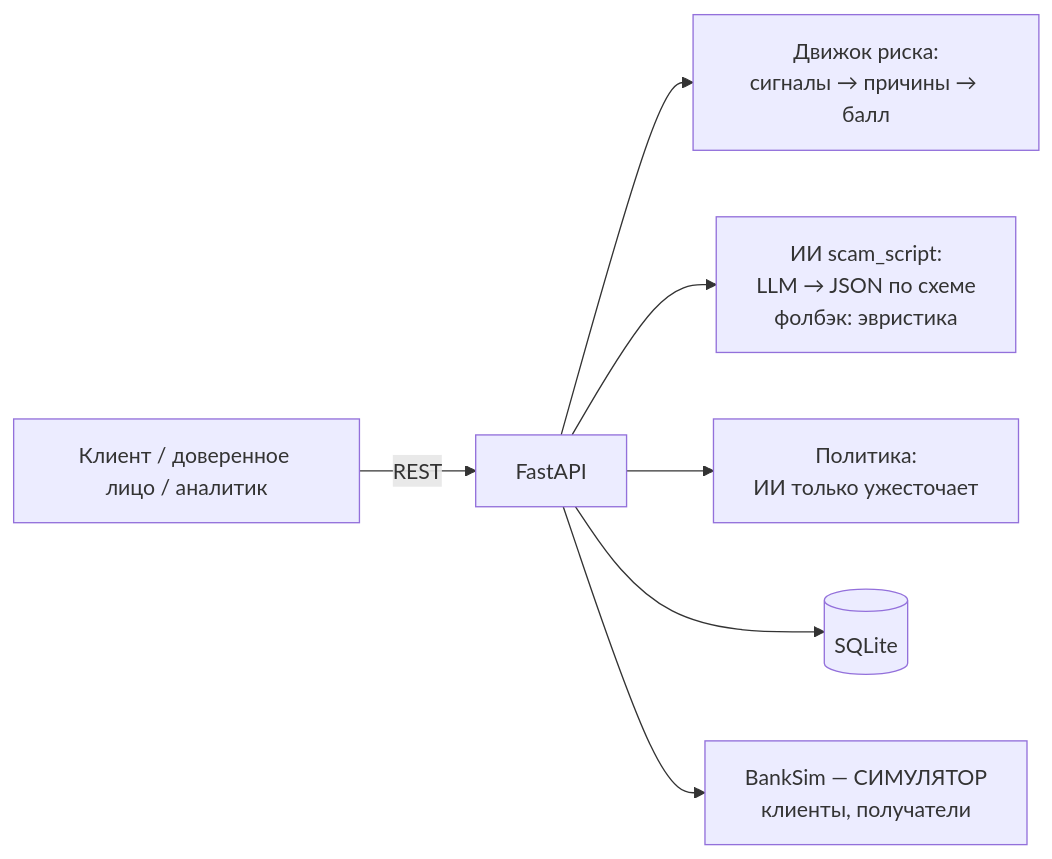
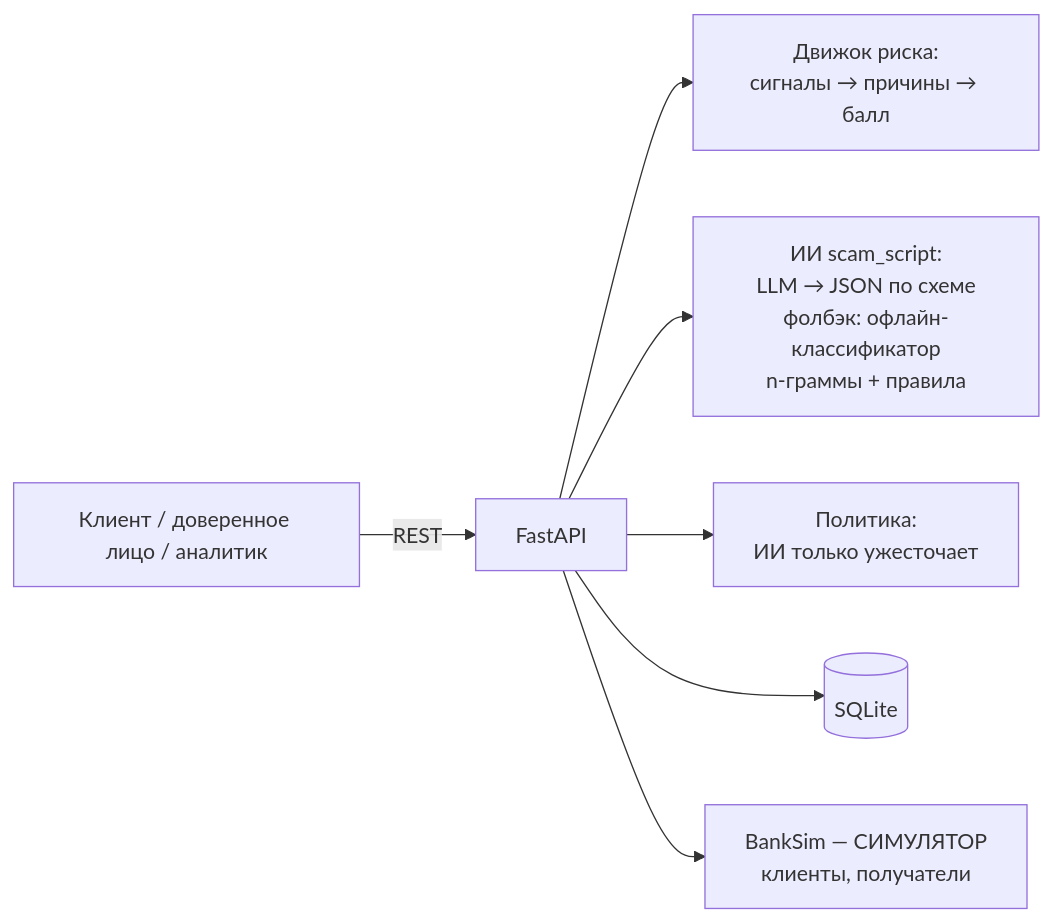
The diagram in README.md (Ibrakazah/qorgan), drawn with Mermaid before and after one commit. The commit also changed other lines of this file and 20 other files, not shown here.

````diff
--- a/README.md
+++ b/README.md
@@ -54,9 +56,9 @@
 ```mermaid
 flowchart LR
   UI["Клиент / доверенное лицо / аналитик"] -->|REST| API[FastAPI]
   API --> RISK["Движок риска:<br/>сигналы → причины → балл"]
-  API --> AI["ИИ scam_script:<br/>LLM → JSON по схеме<br/>фолбэк: эвристика"]
+  API --> AI["ИИ scam_script:<br/>LLM → JSON по схеме<br/>фолбэк: офлайн-классификатор<br/>n-граммы + правила"]
   API --> POL["Политика:<br/>ИИ только ужесточает"]
   API --> DB[(SQLite)]
   API --> SIM["BankSim — СИМУЛЯТОР<br/>клиенты, получатели"]
 ```
````
